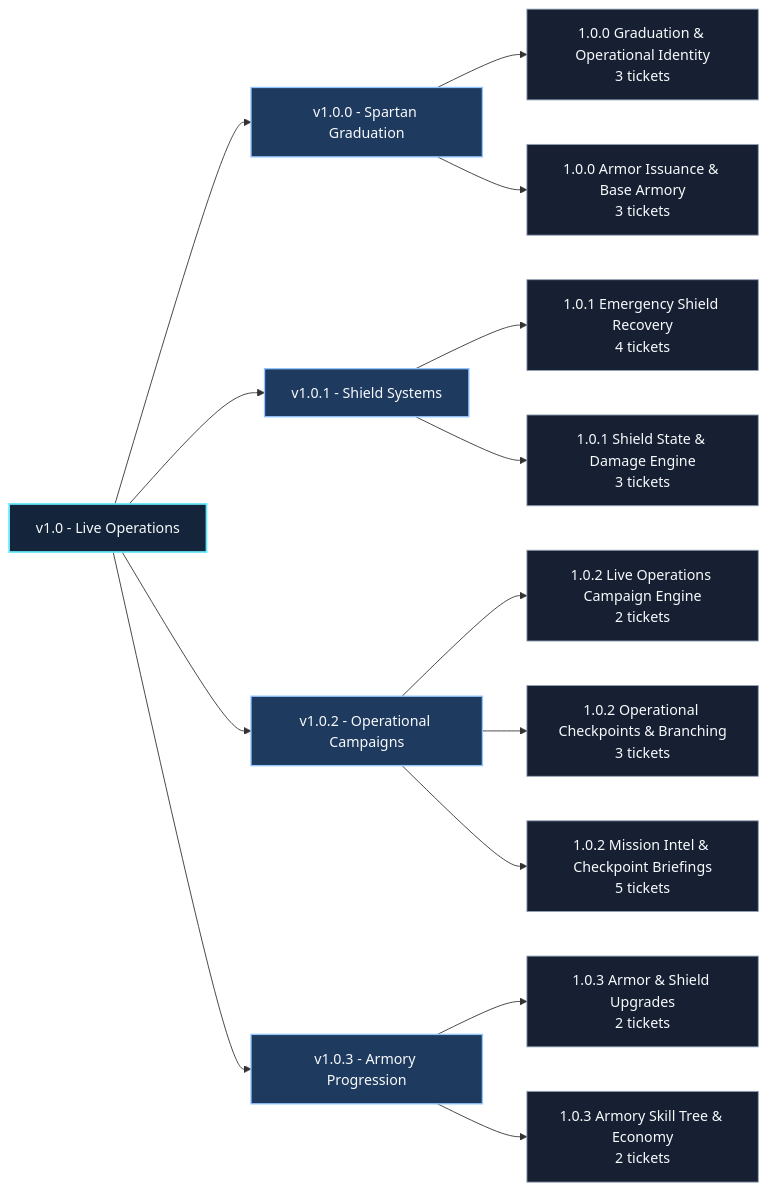
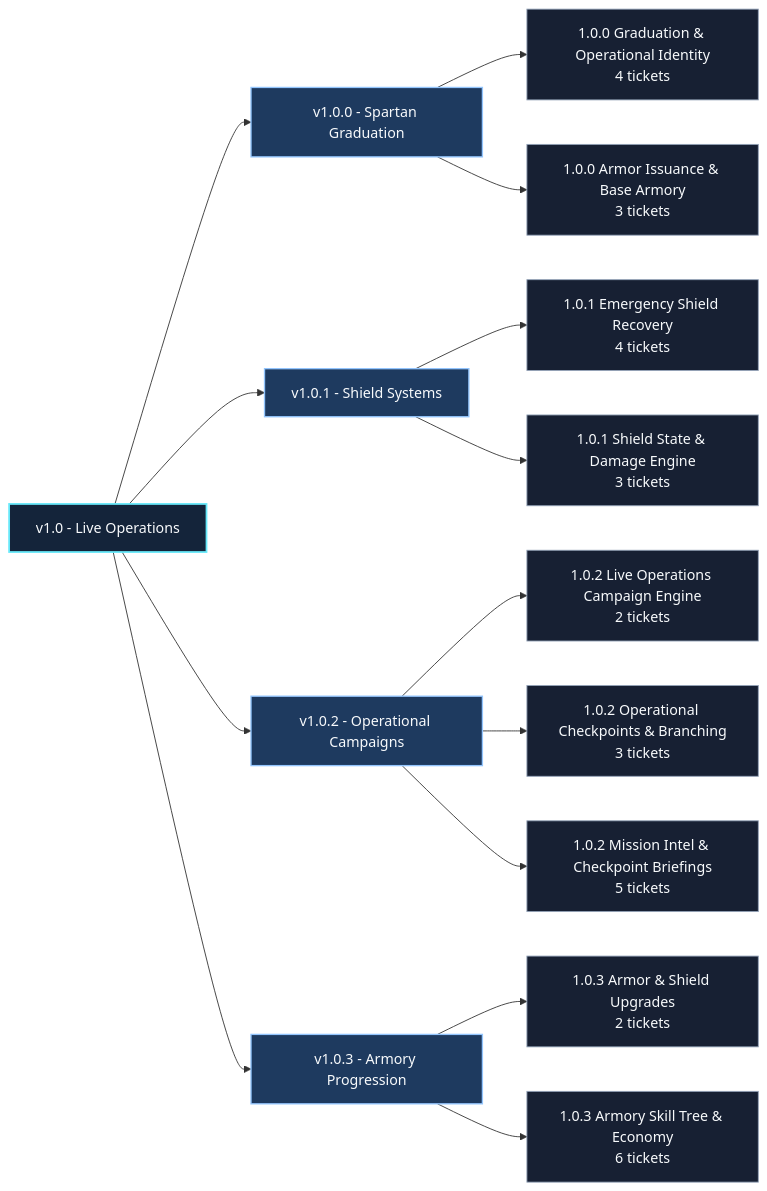
One commit to aclopezshaw/spartan-command-center changed the sixth of 6 diagrams in docs/PRODUCT_ARCHITECTURE_MAP.md. Above: the diagram before and after it, drawn with Mermaid. The commit also changed other lines of this file, not shown here.

````diff
--- a/docs/PRODUCT_ARCHITECTURE_MAP.md
+++ b/docs/PRODUCT_ARCHITECTURE_MAP.md
@@ -134,29 +135,29 @@
 ```mermaid
 flowchart LR
     M10["v1.0 - Live Operations"]
 
     M10 --> R100["v1.0.0 - Spartan Graduation"]
     M10 --> R101["v1.0.1 - Shield Systems"]
     M10 --> R102["v1.0.2 - Operational Campaigns"]
     M10 --> R103["v1.0.3 - Armory Progression"]
 
-    R100 --> E100A["1.0.0 Graduation & Operational Identity<br/>3 tickets"]
+    R100 --> E100A["1.0.0 Graduation & Operational Identity<br/>4 tickets"]
     R100 --> E100B["1.0.0 Armor Issuance & Base Armory<br/>3 tickets"]
 
     R101 --> E101A["1.0.1 Emergency Shield Recovery<br/>4 tickets"]
     R101 --> E101B["1.0.1 Shield State & Damage Engine<br/>3 tickets"]
 
     R102 --> E102A["1.0.2 Live Operations Campaign Engine<br/>2 tickets"]
     R102 --> E102B["1.0.2 Operational Checkpoints & Branching<br/>3 tickets"]
     R102 --> E102C["1.0.2 Mission Intel & Checkpoint Briefings<br/>5 tickets"]
 
     R103 --> E103A["1.0.3 Armor & Shield Upgrades<br/>2 tickets"]
-    R103 --> E103B["1.0.3 Armory Skill Tree & Economy<br/>2 tickets"]
+    R103 --> E103B["1.0.3 Armory Skill Tree & Economy<br/>6 tickets"]
 
     classDef milestone fill:#14243a,stroke:#67e8f9,color:#f8fafc,stroke-width:2px;
     classDef release fill:#1e3a5f,stroke:#93c5fd,color:#f8fafc,stroke-width:1.5px;
     classDef epic fill:#172033,stroke:#94a3b8,color:#f8fafc;
     class M10 milestone;
     class R100,R101,R102,R103 release;
     class E100A,E100B,E101A,E101B,E102A,E102B,E102C,E103A,E103B epic;
 ```
````
